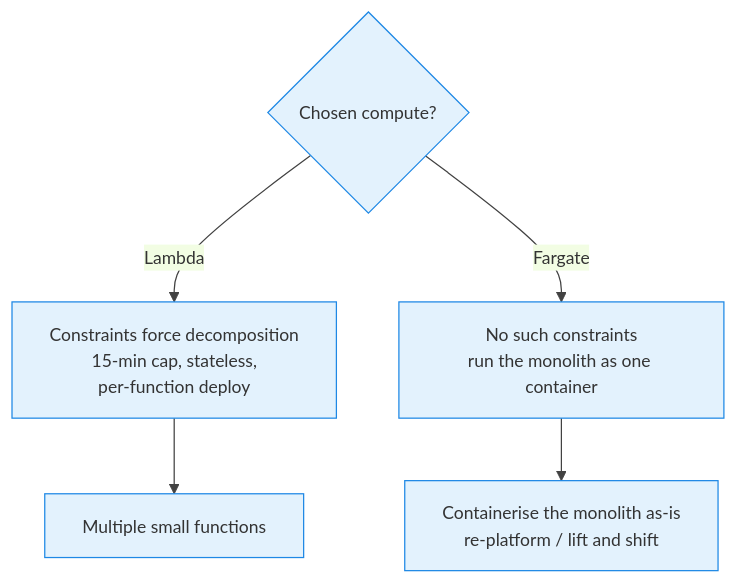
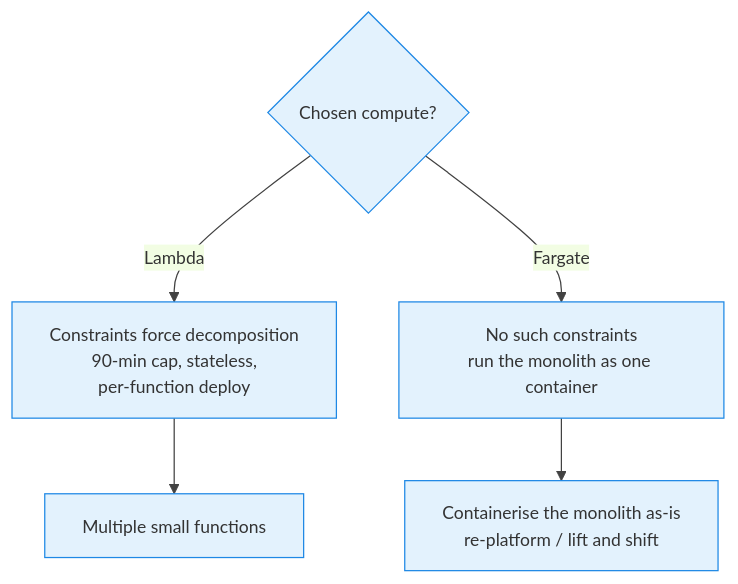
The seventh of 23 diagrams in aws_cloud_technical_essentials_book/10-architecting-serverless-backend-solution-in-aws.qmd (senthilkumarm1901/learn_by_blogging), drawn with Mermaid before and after one commit. The commit also changed other lines of this file and 4 other files, not shown here.

Commit message:
edited architect cheatsheet

````diff
--- a/aws_cloud_technical_essentials_book/10-architecting-serverless-backend-solution-in-aws.qmd
+++ b/aws_cloud_technical_essentials_book/10-architecting-serverless-backend-solution-in-aws.qmd
@@ -264,9 +264,9 @@
 ```{mermaid}
 %%{init: {'theme': 'base', 'themeVariables': {'primaryColor': '#E3F2FD', 'primaryBorderColor': '#1E88E5', 'lineColor': '#424242', 'fontSize': '14px'}}}%%
 flowchart TD
     Choice{"Chosen compute?"}
-    Choice -->|Lambda| Force["Constraints force decomposition<br>15-min cap, stateless,<br>per-function deploy"]
+    Choice -->|Lambda| Force["Constraints force decomposition<br>90-min cap, stateless,<br>per-function deploy"]
     Choice -->|Fargate| Free["No such constraints<br>run the monolith as one container"]
     Force --> Micro["Multiple small functions"]
     Free --> Mono["Containerise the monolith as-is<br>re-platform / lift and shift"]
 ```
````
